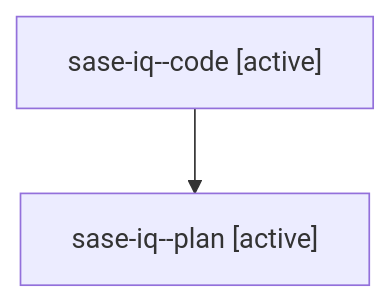
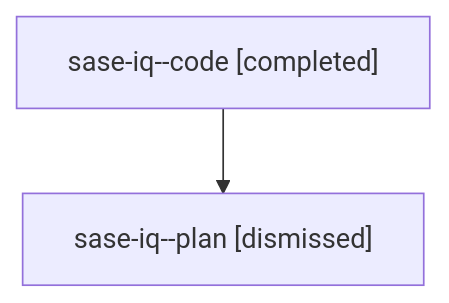
One commit to sase-org/sase--agents changed the diagram in families/bbugyi200.athena.sase-iq.md. Above: the diagram before and after it, drawn with Mermaid. The commit also changed other lines of this file and 2170 other files, not shown here.

````diff
--- a/families/bbugyi200.athena.sase-iq.md
+++ b/families/bbugyi200.athena.sase-iq.md
@@ -9,6 +9,6 @@
 ```mermaid
 flowchart TD
-  n0["sase-iq--code [active]"]
-  n1["sase-iq--plan [active]"]
+  n0["sase-iq--code [completed]"]
+  n1["sase-iq--plan [dismissed]"]
   n0 --> n1
 ```
````
